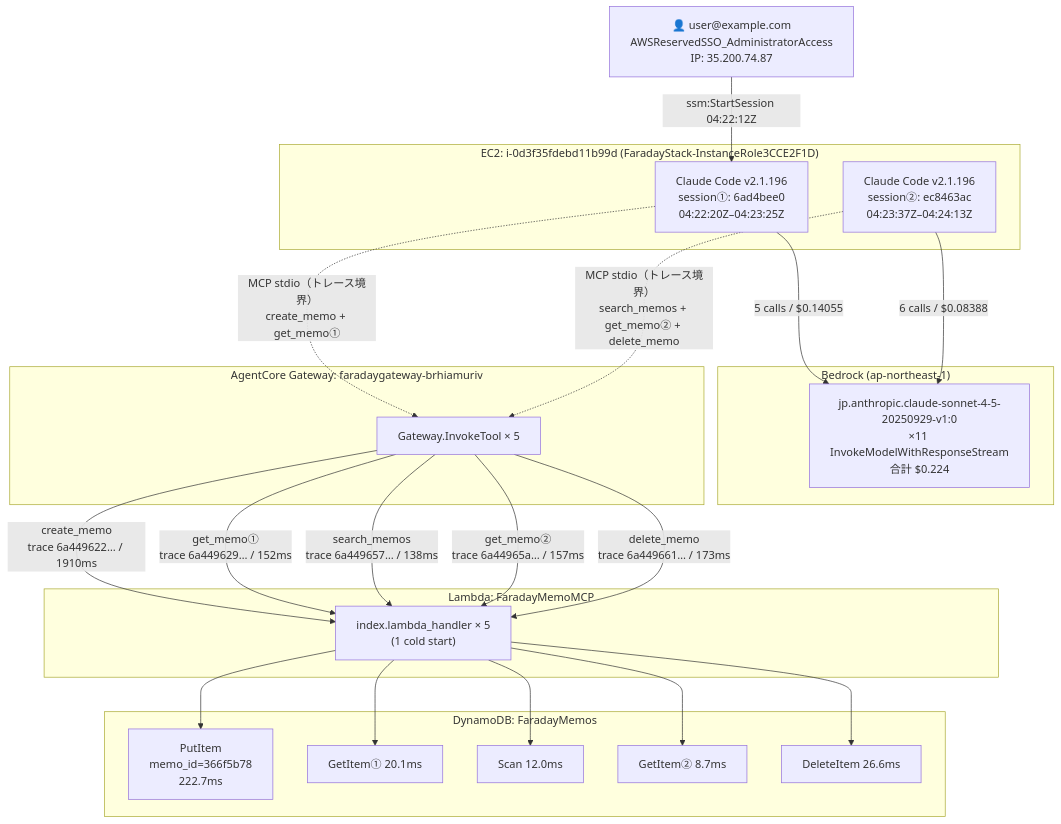
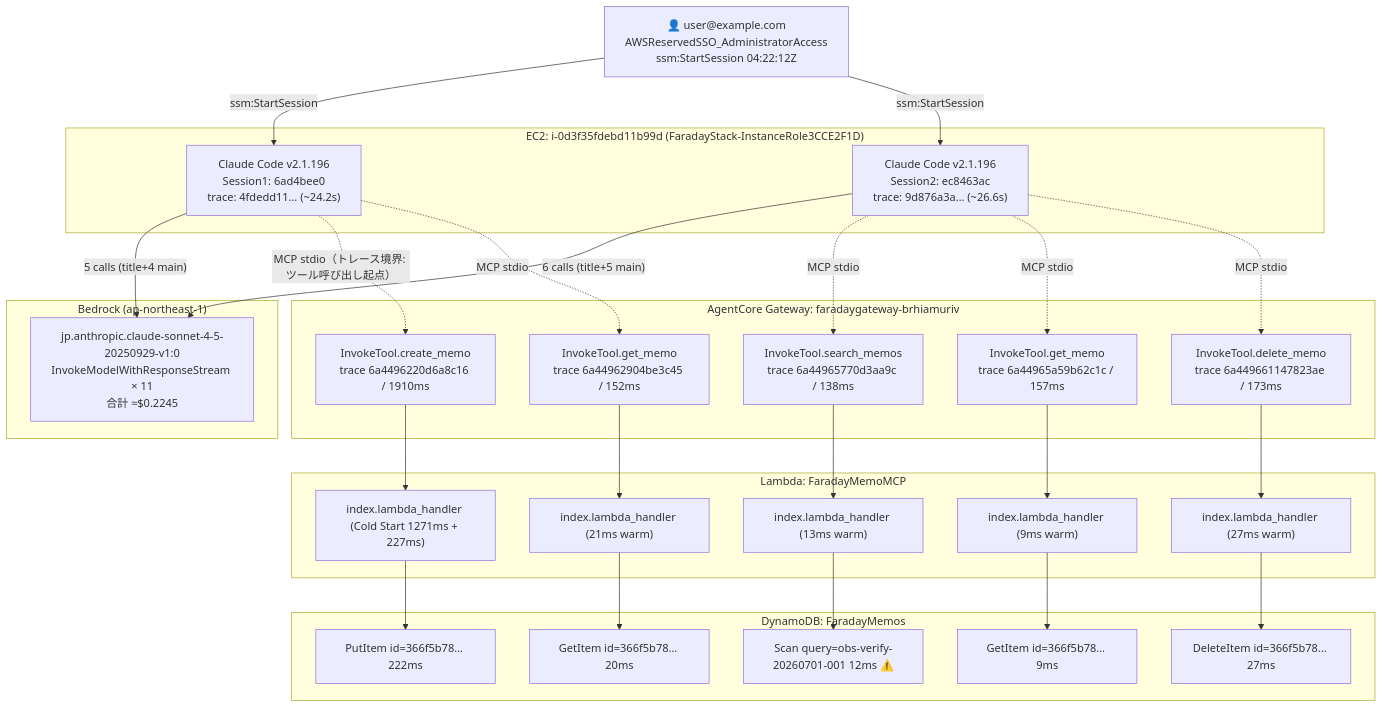
Before and after one commit to mahitotsu/faraday: the diagram in investigations/report-akio-ltzhoupvjbr9687j26ktcqxqgq.md, drawn with Mermaid. The commit also changed other lines of this file and 1 other file, not shown here.

First line of the commit message:
Update investigation report for ltzhoupvjbr9687j26ktcqxqgq and improve investigate-session skill

````diff
--- a/investigations/report-akio-ltzhoupvjbr9687j26ktcqxqgq.md
+++ b/investigations/report-akio-ltzhoupvjbr9687j26ktcqxqgq.md
@@ -184,47 +185,53 @@
 ```mermaid
 graph TD
-    User["👤 user@example.com\nAWSReservedSSO_AdministratorAccess\nIP: 35.200.74.87"]
+    User["👤 user@example.com<br/>AWSReservedSSO_AdministratorAccess<br/>ssm:StartSession 04:22:12Z"]
 
     subgraph EC2["EC2: i-0d3f35fdebd11b99d (FaradayStack-InstanceRole3CCE2F1D)"]
-        CC1["Claude Code v2.1.196\nsession①: 6ad4bee0\n04:22:20Z–04:23:25Z"]
-        CC2["Claude Code v2.1.196\nsession②: ec8463ac\n04:23:37Z–04:24:13Z"]
+        CC1["Claude Code v2.1.196<br/>Session1: 6ad4bee0<br/>trace: 4fdedd11… (~24.2s)"]
+        CC2["Claude Code v2.1.196<br/>Session2: ec8463ac<br/>trace: 9d876a3a… (~26.6s)"]
     end
 
     subgraph BedrockSvc["Bedrock (ap-northeast-1)"]
-        BR["jp.anthropic.claude-sonnet-4-5-20250929-v1:0\n×11 InvokeModelWithResponseStream\n合計 $0.224"]
+        BR["jp.anthropic.claude-sonnet-4-5-20250929-v1:0<br/>InvokeModelWithResponseStream × 11<br/>合計 ≈$0.2245"]
     end
 
     subgraph Gateway["AgentCore Gateway: faradaygateway-brhiamuriv"]
-        GW["Gateway.InvokeTool × 5"]
+        GW1["InvokeTool.create_memo<br/>trace 6a4496220d6a8c16 / 1910ms"]
+        GW2["InvokeTool.get_memo<br/>trace 6a44962904be3c45 / 152ms"]
+        GW3["InvokeTool.search_memos<br/>trace 6a44965770d3aa9c / 138ms"]
+        GW4["InvokeTool.get_memo<br/>trace 6a44965a59b62c1c / 157ms"]
+        GW5["InvokeTool.delete_memo<br/>trace 6a449661147823ae / 173ms"]
     end
 
     subgraph LambdaSvc["Lambda: FaradayMemoMCP"]
-        LH["index.lambda_handler × 5\n(1 cold start)"]
+        LH1["index.lambda_handler (Cold Start 1271ms + 227ms)"]
+        LH2["index.lambda_handler (21ms warm)"]
+        LH3["index.lambda_handler (13ms warm)"]
+        LH4["index.lambda_handler (9ms warm)"]
+        LH5["index.lambda_handler (27ms warm)"]
     end
 
     subgraph DynamoDBSvc["DynamoDB: FaradayMemos"]
-        DDB_PUT["PutItem\nmemo_id=366f5b78\n222.7ms"]
-        DDB_GET1["GetItem① 20.1ms"]
-        DDB_SCAN["Scan 12.0ms"]
-        DDB_GET2["GetItem② 8.7ms"]
-        DDB_DEL["DeleteItem 26.6ms"]
+        DDB1["PutItem id=366f5b78… 222ms"]
+        DDB2["GetItem id=366f5b78… 20ms"]
+        DDB3["Scan query=obs-verify-20260701-001 12ms ⚠️"]
+        DDB4["GetItem id=366f5b78… 9ms"]
+        DDB5["DeleteItem id=366f5b78… 27ms"]
     end
 
-    User -->|"ssm:StartSession 04:22:12Z"| CC1
-    CC1 -->|"5 calls / $0.14055"| BR
-    CC2 -->|"6 calls / $0.08388"| BR
-    CC1 -.->|"MCP stdio（トレース境界）\ncreate_memo + get_memo①"| GW
-    CC2 -.->|"MCP stdio（トレース境界）\nsearch_memos + get_memo② + delete_memo"| GW
+    User -->|"ssm:StartSession"| CC1
+    User -->|"ssm:StartSession"| CC2
+    CC1 -->|"5 calls (title+4 main)"| BR
+    CC2 -->|"6 calls (title+5 main)"| BR
+    CC1 -.->|"MCP stdio（トレース境界: ツール呼び出し起点）"| GW1
+    CC1 -.->|"MCP stdio"| GW2
+    CC2 -.->|"MCP stdio"| GW3
+    CC2 -.->|"MCP stdio"| GW4
+    CC2 -.->|"MCP stdio"| GW5
 
-    GW -->|"create_memo\ntrace 6a449622… / 1910ms"| LH
-    GW -->|"get_memo①\ntrace 6a449629… / 152ms"| LH
-    GW -->|"search_memos\ntrace 6a449657… / 138ms"| LH
-    GW -->|"get_memo②\ntrace 6a44965a… / 157ms"| LH
-    GW -->|"delete_memo\ntrace 6a449661… / 173ms"| LH
-
-    LH --> DDB_PUT
-    LH --> DDB_GET1
-    LH --> DDB_SCAN
-    LH --> DDB_GET2
-    LH --> DDB_DEL
+    GW1 --> LH1 --> DDB1
+    GW2 --> LH2 --> DDB2
+    GW3 --> LH3 --> DDB3
+    GW4 --> LH4 --> DDB4
+    GW5 --> LH5 --> DDB5
 ```
````
